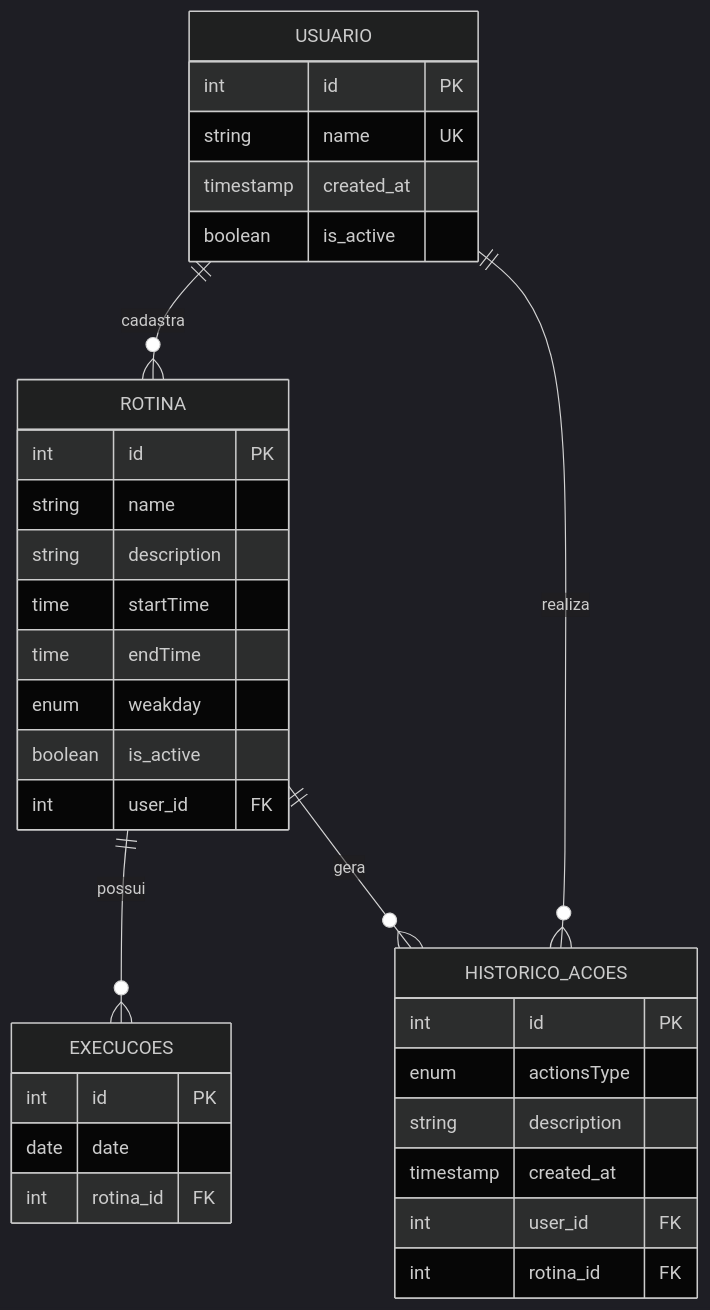
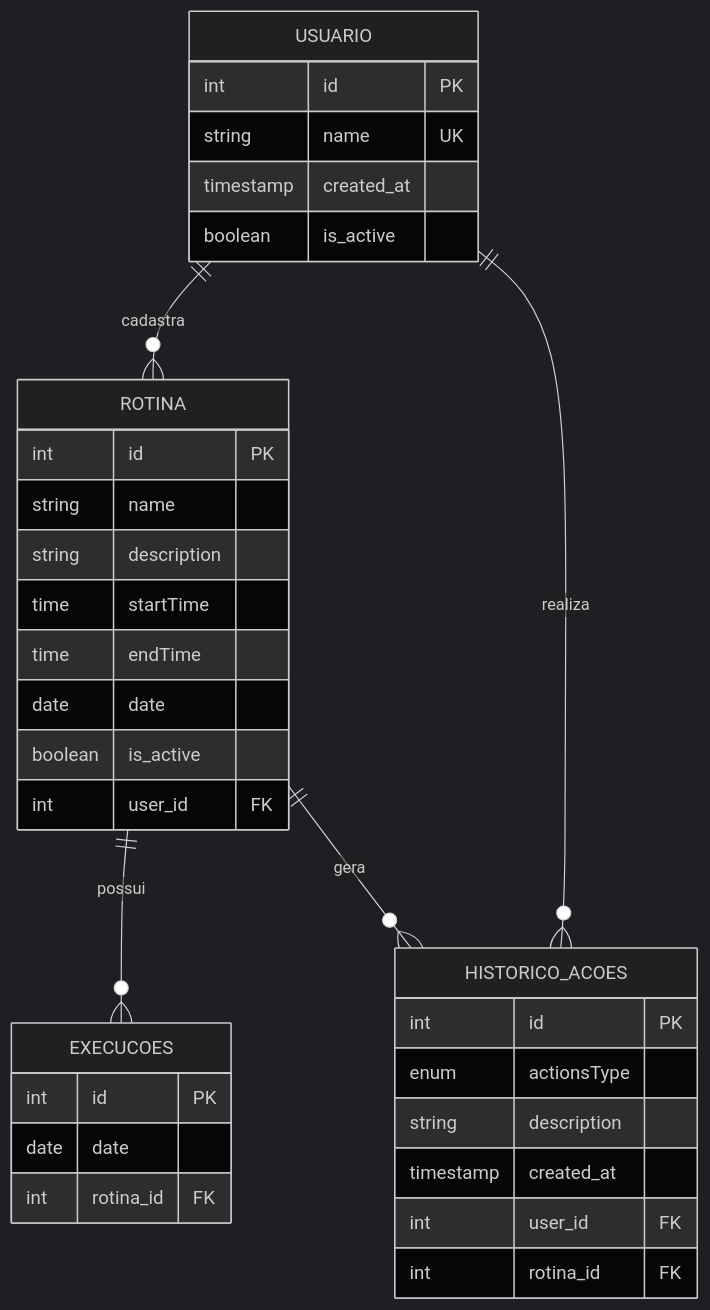
One commit to BirdMelo/Gerenciador-de-Rotina changed the diagram in README.md. Above: the diagram before and after it, drawn with Mermaid (dark theme). The commit also changed other lines of this file and 1 other file, not shown here.

````diff
--- a/README.md
+++ b/README.md
@@ -69,40 +124,40 @@
 ```mermaid
 erDiagram
     USUARIO ||--o{ ROTINA : "cadastra"
     USUARIO ||--o{ HISTORICO_ACOES : "realiza"
     ROTINA ||--o{ EXECUCOES : "possui"
     ROTINA ||--o{ HISTORICO_ACOES : "gera"
 
     USUARIO {
         int id PK
         string name UK
         timestamp created_at
         boolean is_active
     }
 
     ROTINA {
         int id PK
         string name
         string description
         time startTime
         time endTime
-        enum weakday
+        date date
         boolean is_active
         int user_id FK
     }
 
     EXECUCOES {
         int id PK
         date date
         int rotina_id FK
     }
 
     HISTORICO_ACOES {
         int id PK
         enum actionsType
         string description
         timestamp created_at
         int user_id FK
         int rotina_id FK
     }
 ```
````
